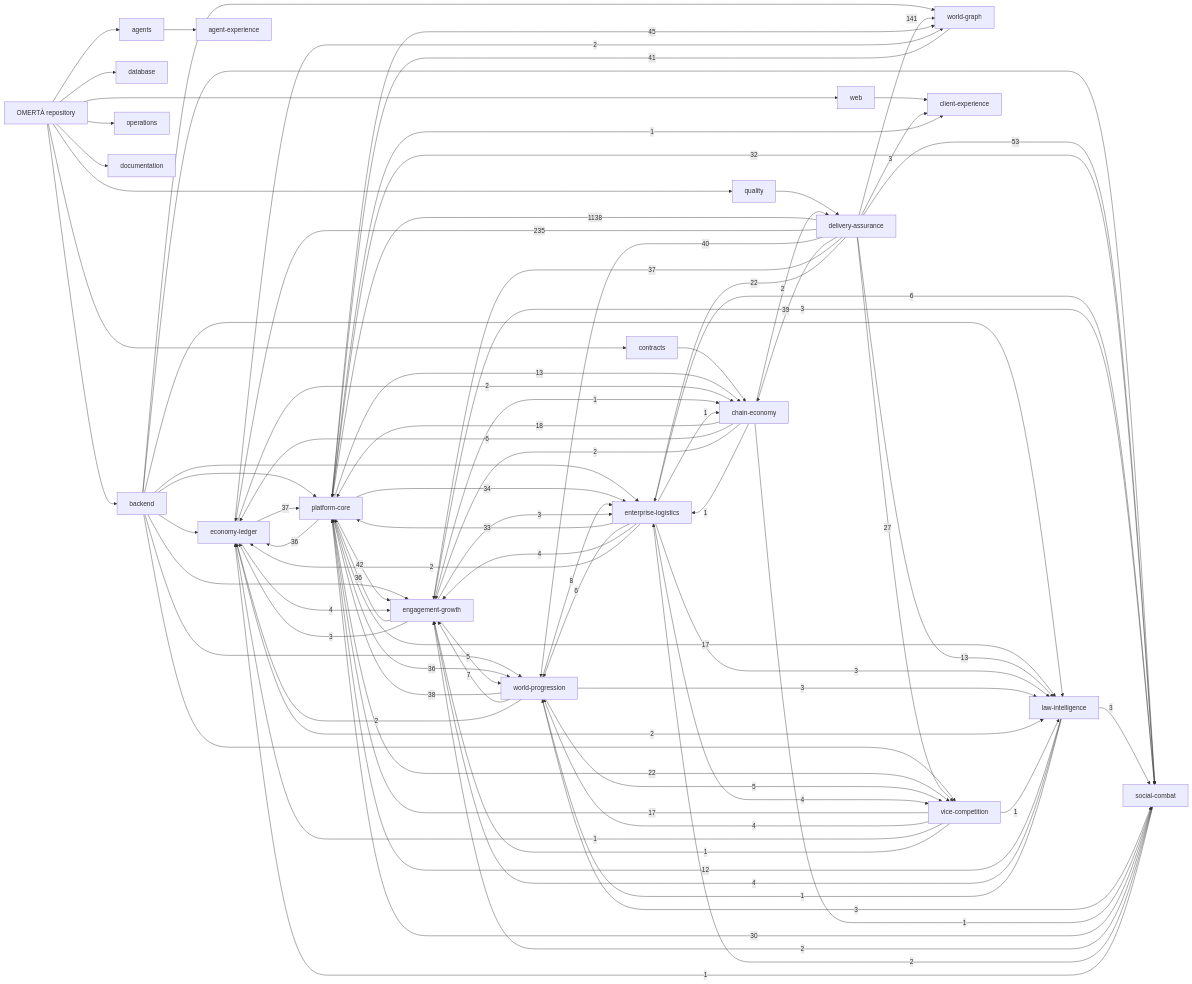
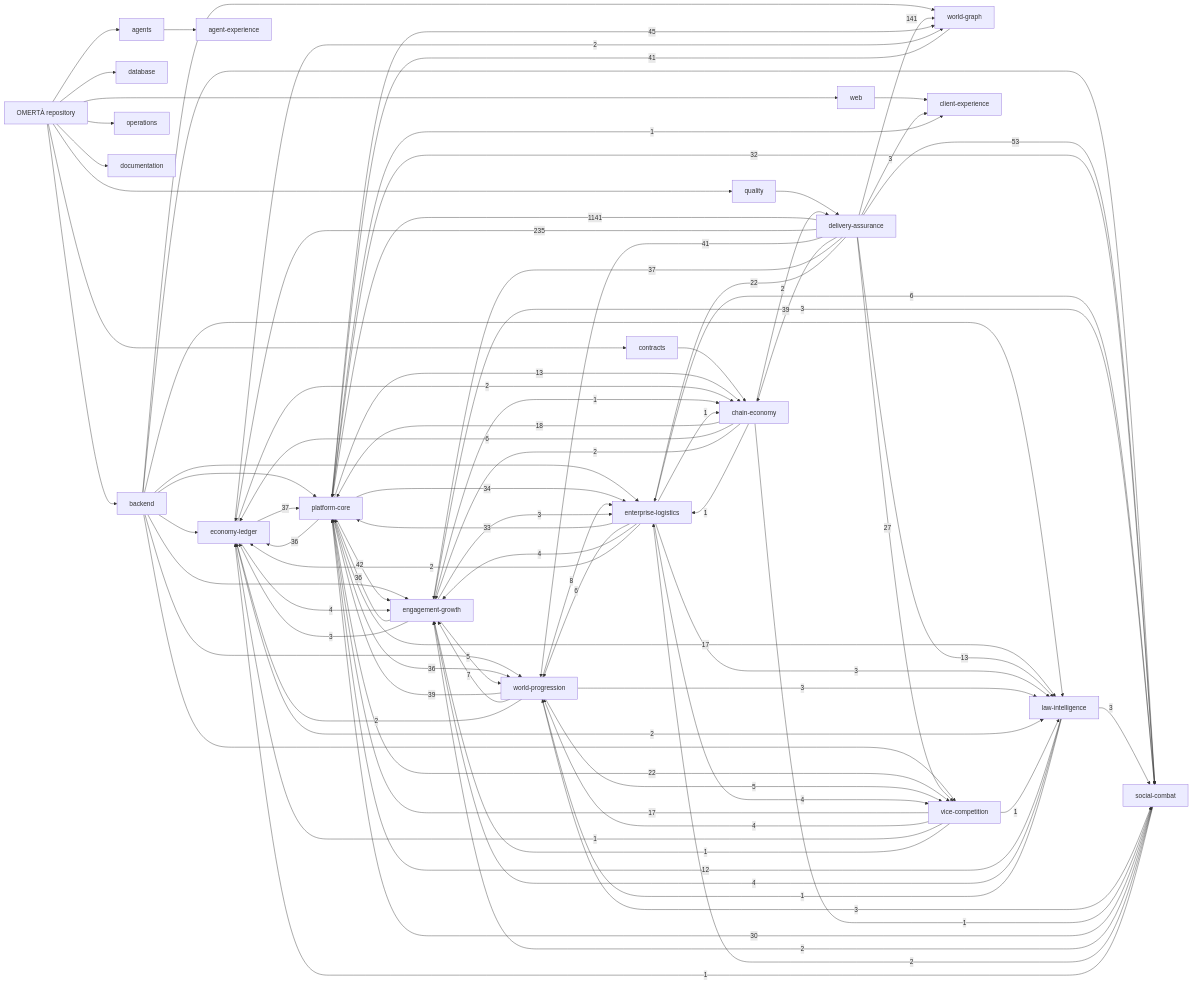
The diagram in knowledge/generated/graph.mmd (OmertaDev/Omerta), drawn with Mermaid before and after one commit. The commit also changed 5 other files, not shown here.

```diff
--- a/knowledge/generated/graph.mmd
+++ b/knowledge/generated/graph.mmd
@@ -1,111 +1,111 @@
 flowchart LR
   repo["OMERTÀ repository"]
   sub_backend["backend"]
   repo --> sub_backend
   sub_database["database"]
   repo --> sub_database
   sub_web["web"]
   repo --> sub_web
   sub_contracts["contracts"]
   repo --> sub_contracts
   sub_agents["agents"]
   repo --> sub_agents
   sub_quality["quality"]
   repo --> sub_quality
   sub_operations["operations"]
   repo --> sub_operations
   sub_documentation["documentation"]
   repo --> sub_documentation
   dom_platform-core["platform-core"]
   dom_economy-ledger["economy-ledger"]
   dom_social-combat["social-combat"]
   dom_world-progression["world-progression"]
   dom_world-graph["world-graph"]
   dom_enterprise-logistics["enterprise-logistics"]
   dom_vice-competition["vice-competition"]
   dom_law-intelligence["law-intelligence"]
   dom_chain-economy["chain-economy"]
   dom_engagement-growth["engagement-growth"]
   dom_client-experience["client-experience"]
   dom_agent-experience["agent-experience"]
   dom_delivery-assurance["delivery-assurance"]
   sub_agents --> dom_agent-experience
   sub_backend --> dom_economy-ledger
   sub_backend --> dom_engagement-growth
   sub_backend --> dom_enterprise-logistics
   sub_backend --> dom_law-intelligence
   sub_backend --> dom_platform-core
   sub_backend --> dom_social-combat
   sub_backend --> dom_vice-competition
   sub_backend --> dom_world-graph
   sub_backend --> dom_world-progression
   sub_contracts --> dom_chain-economy
   sub_quality --> dom_delivery-assurance
   sub_web --> dom_client-experience
-  dom_delivery-assurance -->|1138| dom_platform-core
+  dom_delivery-assurance -->|1141| dom_platform-core
   dom_delivery-assurance -->|235| dom_economy-ledger
   dom_delivery-assurance -->|141| dom_world-graph
   dom_delivery-assurance -->|53| dom_social-combat
   dom_platform-core -->|45| dom_world-graph
   dom_platform-core -->|42| dom_engagement-growth
+  dom_delivery-assurance -->|41| dom_world-progression
   dom_world-graph -->|41| dom_platform-core
-  dom_delivery-assurance -->|40| dom_world-progression
   dom_delivery-assurance -->|39| dom_chain-economy
-  dom_world-progression -->|38| dom_platform-core
+  dom_world-progression -->|39| dom_platform-core
   dom_delivery-assurance -->|37| dom_engagement-growth
   dom_economy-ledger -->|37| dom_platform-core
   dom_engagement-growth -->|36| dom_platform-core
   dom_platform-core -->|36| dom_economy-ledger
   dom_platform-core -->|36| dom_world-progression
   dom_platform-core -->|34| dom_enterprise-logistics
   dom_enterprise-logistics -->|33| dom_platform-core
   dom_platform-core -->|32| dom_social-combat
   dom_social-combat -->|30| dom_platform-core
   dom_delivery-assurance -->|27| dom_vice-competition
   dom_delivery-assurance -->|22| dom_enterprise-logistics
   dom_platform-core -->|22| dom_vice-competition
   dom_chain-economy -->|18| dom_platform-core
   dom_platform-core -->|17| dom_law-intelligence
   dom_vice-competition -->|17| dom_platform-core
   dom_delivery-assurance -->|13| dom_law-intelligence
   dom_platform-core -->|13| dom_chain-economy
   dom_law-intelligence -->|12| dom_platform-core
   dom_world-progression -->|8| dom_enterprise-logistics
   dom_world-progression -->|7| dom_engagement-growth
   dom_chain-economy -->|6| dom_economy-ledger
   dom_enterprise-logistics -->|6| dom_social-combat
   dom_enterprise-logistics -->|6| dom_world-progression
   dom_engagement-growth -->|5| dom_world-progression
   dom_world-progression -->|5| dom_vice-competition
   dom_economy-ledger -->|4| dom_engagement-growth
   dom_enterprise-logistics -->|4| dom_engagement-growth
   dom_enterprise-logistics -->|4| dom_vice-competition
   dom_law-intelligence -->|4| dom_engagement-growth
   dom_vice-competition -->|4| dom_world-progression
   dom_delivery-assurance -->|3| dom_client-experience
   dom_engagement-growth -->|3| dom_economy-ledger
   dom_engagement-growth -->|3| dom_enterprise-logistics
   dom_engagement-growth -->|3| dom_social-combat
   dom_enterprise-logistics -->|3| dom_law-intelligence
   dom_law-intelligence -->|3| dom_social-combat
   dom_world-progression -->|3| dom_law-intelligence
   dom_world-progression -->|3| dom_social-combat
   dom_chain-economy -->|2| dom_delivery-assurance
   dom_chain-economy -->|2| dom_engagement-growth
   dom_economy-ledger -->|2| dom_chain-economy
   dom_economy-ledger -->|2| dom_law-intelligence
   dom_economy-ledger -->|2| dom_world-graph
   dom_enterprise-logistics -->|2| dom_economy-ledger
   dom_social-combat -->|2| dom_engagement-growth
   dom_social-combat -->|2| dom_enterprise-logistics
   dom_world-progression -->|2| dom_economy-ledger
   dom_chain-economy -->|1| dom_enterprise-logistics
   dom_chain-economy -->|1| dom_social-combat
   dom_engagement-growth -->|1| dom_chain-economy
   dom_enterprise-logistics -->|1| dom_chain-economy
   dom_law-intelligence -->|1| dom_world-progression
   dom_platform-core -->|1| dom_client-experience
   dom_social-combat -->|1| dom_economy-ledger
   dom_vice-competition -->|1| dom_economy-ledger
   dom_vice-competition -->|1| dom_engagement-growth
   dom_vice-competition -->|1| dom_law-intelligence
```
